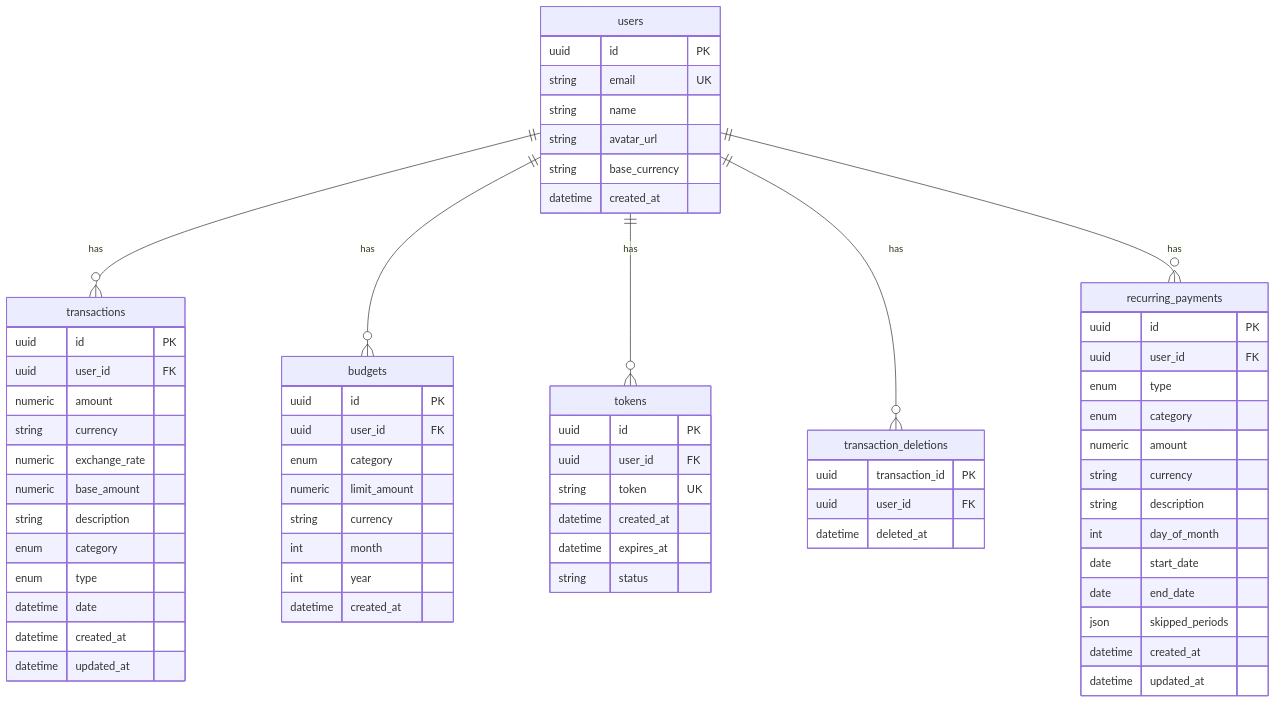
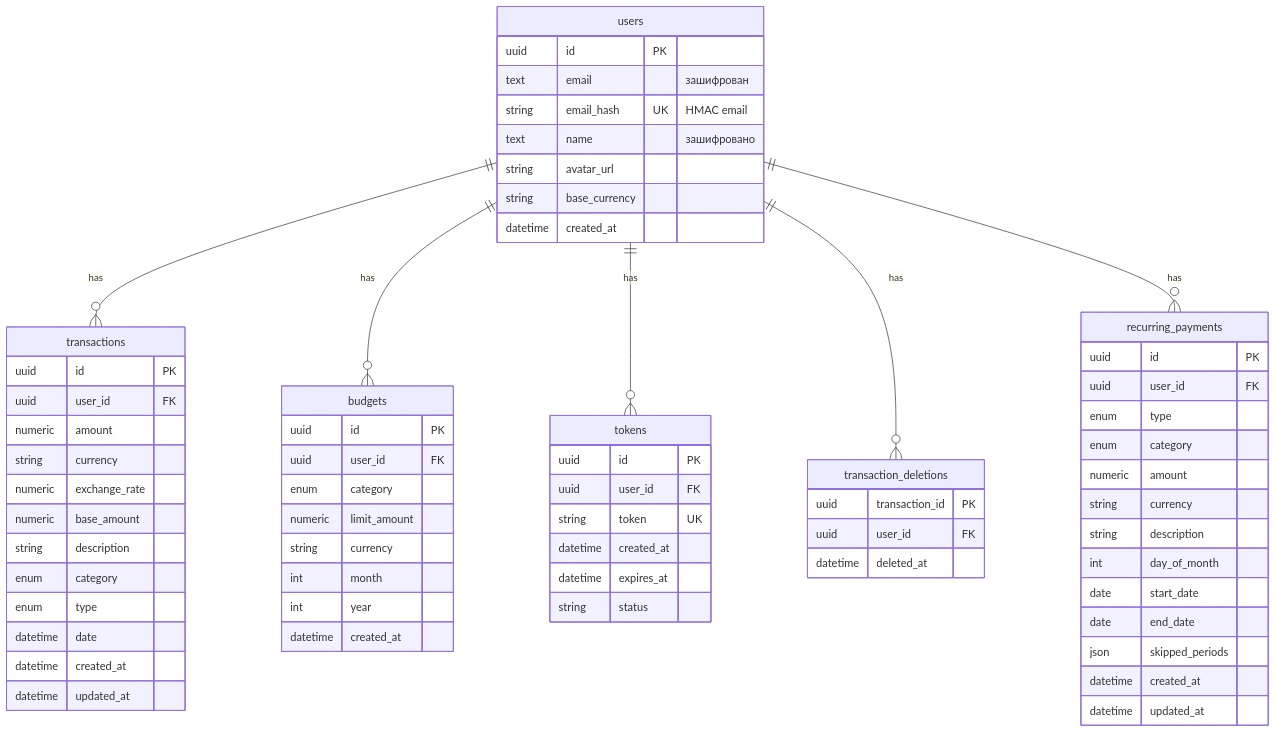
The second of 2 diagrams in ARCHITECTURE.md (jbronxxx/getbalanceai_api), drawn with Mermaid before and after one commit. The commit also changed other lines of this file and 25 other files, not shown here.

````diff
--- a/ARCHITECTURE.md
+++ b/ARCHITECTURE.md
@@ -53,74 +53,75 @@
 ```mermaid
 erDiagram
     users ||--o{ transactions : "has"
     users ||--o{ budgets : "has"
     users ||--o{ tokens : "has"
     users ||--o{ transaction_deletions : "has"
     users ||--o{ recurring_payments : "has"
 
     users {
         uuid id PK
-        string email UK
-        string name
+        text email "зашифрован"
+        string email_hash UK "HMAC email"
+        text name "зашифровано"
         string avatar_url
         string base_currency
         datetime created_at
     }
 
     tokens {
         uuid id PK
         uuid user_id FK
         string token UK
         datetime created_at
         datetime expires_at
         string status
     }
 
     transactions {
         uuid id PK
         uuid user_id FK
         numeric amount
         string currency
         numeric exchange_rate
         numeric base_amount
         string description
         enum category
         enum type
         datetime date
         datetime created_at
         datetime updated_at
     }
 
     transaction_deletions {
         uuid transaction_id PK
         uuid user_id FK
         datetime deleted_at
     }
 
     budgets {
         uuid id PK
         uuid user_id FK
         enum category
         numeric limit_amount
         string currency
         int month
         int year
         datetime created_at
     }
 
     recurring_payments {
         uuid id PK
         uuid user_id FK
         enum type
         enum category
         numeric amount
         string currency
         string description
         int day_of_month
         date start_date
         date end_date
         json skipped_periods
         datetime created_at
         datetime updated_at
     }
 ```
````
